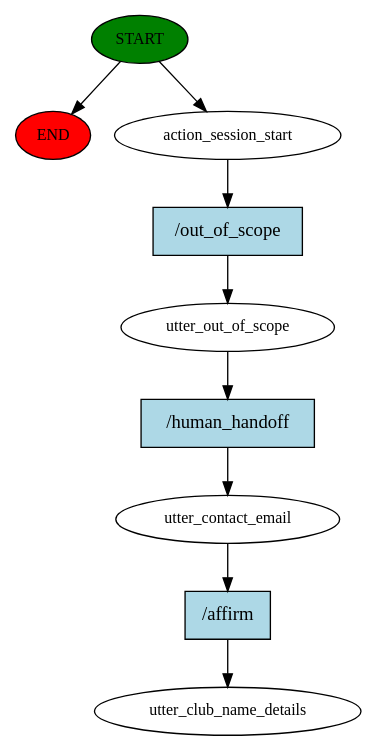
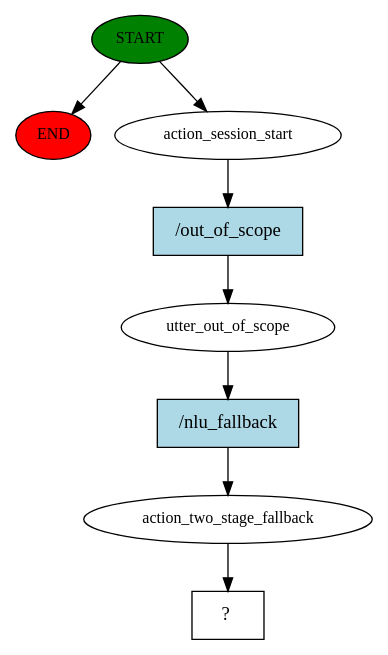
Before and after one commit to anuragkj/BPDC_Chatbot: the diagram in story_graph.dot, drawn with Graphviz. The commit also changed 2 other files, not shown here.

Commit message:
fallback

```diff
--- a/story_graph.dot
+++ b/story_graph.dot
@@ -1,19 +1,17 @@
 digraph  {
 0 [class="start active", fillcolor=green, fontsize=12, label=START, style=filled];
 "-1" [class=end, fillcolor=red, fontsize=12, label=END, style=filled];
 1 [class=active, fontsize=12, label=action_session_start];
 2 [class=active, fontsize=12, label=utter_out_of_scope];
-3 [class=active, fontsize=12, label=utter_contact_email];
-4 [class="dashed active", fontsize=12, label=utter_club_name_details];
+3 [class=active, fontsize=12, label=action_two_stage_fallback];
+4 [class="intent dashed active", label="  ?  ", shape=rect];
 5 [class="intent active", fillcolor=lightblue, label="/out_of_scope", shape=rect, style=filled];
-6 [class="intent active", fillcolor=lightblue, label="/human_handoff", shape=rect, style=filled];
-7 [class="intent active", fillcolor=lightblue, label="/affirm", shape=rect, style=filled];
+6 [class="intent active", fillcolor=lightblue, label="/nlu_fallback", shape=rect, style=filled];
 0 -> "-1"  [class="", key=NONE, label=""];
 0 -> 1  [class=active, key=NONE, label=""];
 1 -> 5  [class=active, key=0];
 2 -> 6  [class=active, key=0];
-3 -> 7  [class=active, key=0];
+3 -> 4  [class=active, key=NONE, label=""];
 5 -> 2  [class=active, key=0];
 6 -> 3  [class=active, key=0];
-7 -> 4  [class=active, key=0];
 }
```
